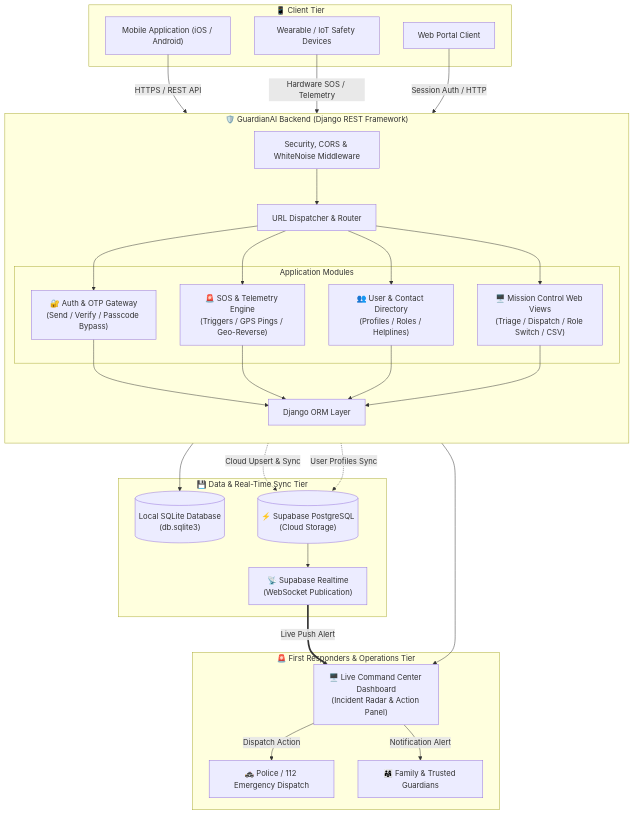
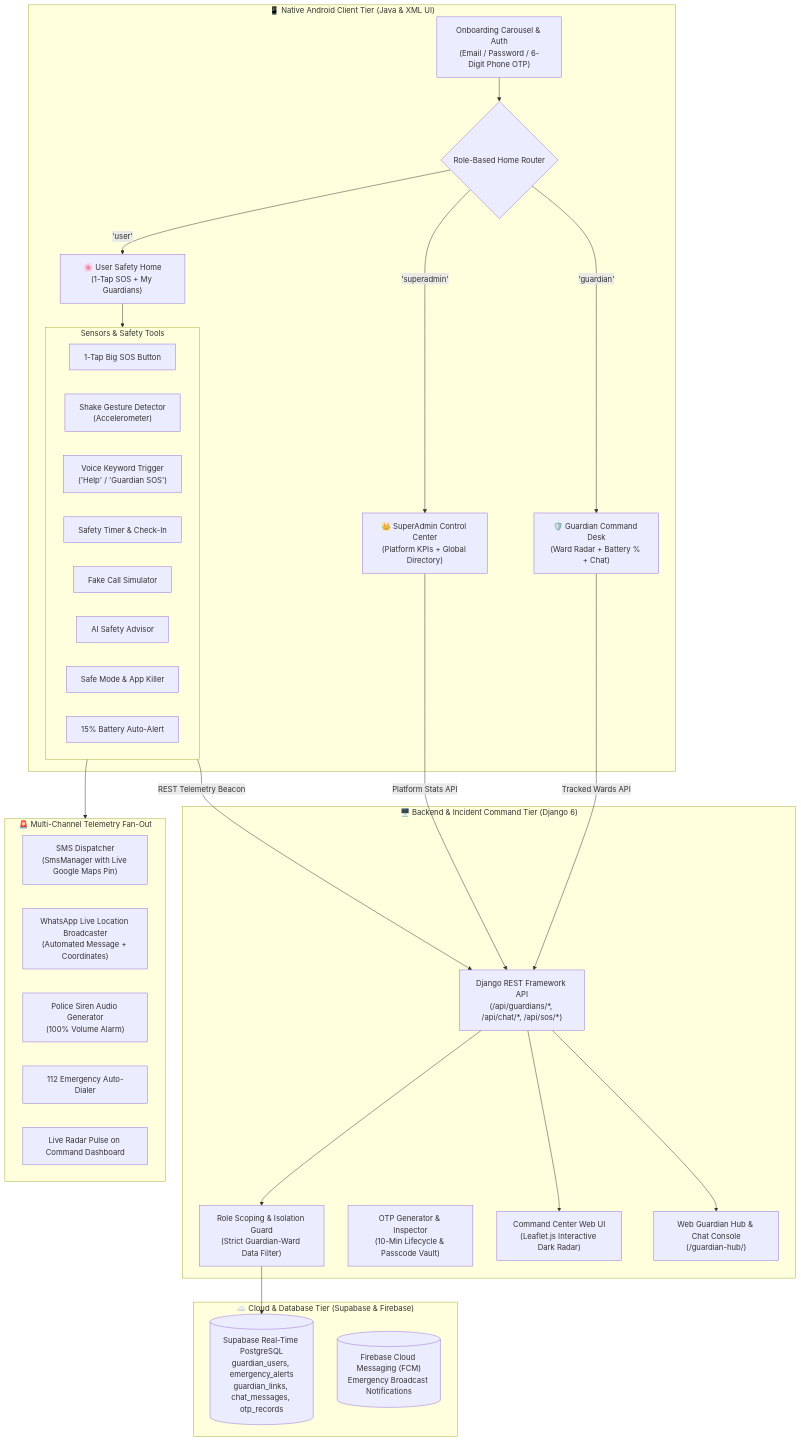
Before and after one commit to satyakiran29/GuardianAI_Backend: the second of 3 diagrams in README.md, drawn with Mermaid. The commit also changed other lines of this file and 2 other files, not shown here.

````diff
--- a/README.md
+++ b/README.md
@@ -51,58 +106,51 @@
 ```mermaid
-flowchart TB
-    subgraph CLIENTS["📱 Client Tier"]
-        MA["Mobile Application (iOS / Android)"]
-        IOT["Wearable / IoT Safety Devices"]
-        WEB_CLIENT["Web Portal Client"]
+graph TB
+    subgraph ClientTier ["📱 Native Android Client Tier (Java & XML UI)"]
+        A1["Onboarding Carousel & Auth<br/>(Email / Password / 6-Digit Phone OTP)"] --> Router{"Role-Based Home Router"}
+        Router -->|'user'| UH["🌸 User Safety Home<br/>(1-Tap SOS + My Guardians)"]
+        Router -->|'guardian'| GH["🛡️ Guardian Command Desk<br/>(Ward Radar + Battery % + Chat)"]
+        Router -->|'superadmin'| SH["👑 SuperAdmin Control Center<br/>(Platform KPIs + Global Directory)"]
+        
+        subgraph SafetyEngines ["Sensors & Safety Tools"]
+            S1["1-Tap Big SOS Button"]
+            S2["Shake Gesture Detector<br/>(Accelerometer)"]
+            S3["Voice Keyword Trigger<br/>('Help' / 'Guardian SOS')"]
+            S4["Safety Timer & Check-In"]
+            S5["Fake Call Simulator"]
+            S6["AI Safety Advisor"]
+            S7["Safe Mode & App Killer"]
+            S8["15% Battery Auto-Alert"]
+        end
+        UH --> SafetyEngines
     end
 
-    subgraph API_GATEWAY["🛡️ GuardianAI Backend (Django REST Framework)"]
-        direction TB
-        MW["Security, CORS & WhiteNoise Middleware"]
-        ROUTER["URL Dispatcher & Router"]
-        
-        subgraph CORE_APPS["Application Modules"]
-            AUTH["🔐 Auth & OTP Gateway<br/>(Send / Verify / Passcode Bypass)"]
-            SOS_ENGINE["🚨 SOS & Telemetry Engine<br/>(Triggers / GPS Pings / Geo-Reverse)"]
-            MGMT["👥 User & Contact Directory<br/>(Profiles / Roles / Helplines)"]
-            DASH_ENGINE["🖥️ Mission Control Web Views<br/>(Triage / Dispatch / Role Switch / CSV)"]
-        end
-
-        DB_ORM["Django ORM Layer"]
+    subgraph BackendTier ["🖥️ Backend & Incident Command Tier (Django 6)"]
+        B1["Django REST Framework API<br/>(/api/guardians/*, /api/chat/*, /api/sos/*)"]
+        B2["Role Scoping & Isolation Guard<br/>(Strict Guardian-Ward Data Filter)"]
+        B3["OTP Generator & Inspector<br/>(10-Min Lifecycle & Passcode Vault)"]
+        B4["Command Center Web UI<br/>(Leaflet.js Interactive Dark Radar)"]
+        B5["Web Guardian Hub & Chat Console<br/>(/guardian-hub/)"]
     end
 
-    subgraph PERSISTENCE["💾 Data & Real-Time Sync Tier"]
-        SQLITE[("Local SQLite Database<br/>(db.sqlite3)")]
-        SUPABASE[("⚡ Supabase PostgreSQL<br/>(Cloud Storage)")]
-        REALTIME["📡 Supabase Realtime<br/>(WebSocket Publication)"]
+    subgraph CloudTier ["☁️ Cloud & Database Tier (Supabase & Firebase)"]
+        C1[("Supabase Real-Time PostgreSQL<br/>guardian_users, emergency_alerts<br/>guardian_links, chat_messages, otp_records")]
+        C2[("Firebase Cloud Messaging (FCM)<br/>Emergency Broadcast Notifications")]
     end
 
-    subgraph RESPONDERS["🚨 First Responders & Operations Tier"]
-        DASHBOARD["🖥️ Live Command Center Dashboard<br/>(Incident Radar & Action Panel)"]
-        POLICE["🚓 Police / 112 Emergency Dispatch"]
-        GUARDIANS["👨‍👩‍👧 Family & Trusted Guardians"]
+    subgraph DispatchChannels ["🚨 Multi-Channel Telemetry Fan-Out"]
+        D1["SMS Dispatcher<br/>(SmsManager with Live Google Maps Pin)"]
+        D2["WhatsApp Live Location Broadcaster<br/>(Automated Message + Coordinates)"]
+        D3["Police Siren Audio Generator<br/>(100% Volume Alarm)"]
+        D4["112 Emergency Auto-Dialer"]
+        D5["Live Radar Pulse on Command Dashboard"]
     end
 
-    %% Client to Backend
-    MA -->|HTTPS / REST API| MW
-    IOT -->|Hardware SOS / Telemetry| MW
-    WEB_CLIENT -->|Session Auth / HTTP| MW
-    MW --> ROUTER
-    ROUTER --> AUTH
-    ROUTER --> SOS_ENGINE
-    ROUTER --> MGMT
-    ROUTER --> DASH_ENGINE
-
-    %% Backend to Database & Supabase
-    AUTH & SOS_ENGINE & MGMT & DASH_ENGINE --> DB_ORM
-    DB_ORM --> SQLITE
-    SOS_ENGINE -.->|Cloud Upsert & Sync| SUPABASE
-    MGMT -.->|User Profiles Sync| SUPABASE
-    SUPABASE --> REALTIME
-
-    %% Realtime to Operations
-    REALTIME ==>|Live Push Alert| DASHBOARD
-    DASH_ENGINE --> DASHBOARD
-    DASHBOARD -->|Dispatch Action| POLICE
-    DASHBOARD -->|Notification Alert| GUARDIANS
+    %% Wiring
+    SafetyEngines -->|REST Telemetry Beacon| B1
+    GH -->|Tracked Wards API| B1
+    SH -->|Platform Stats API| B1
+    B1 --> B2 --> C1
+    B1 --> B4
+    B1 --> B5
+    SafetyEngines --> DispatchChannels
 ```
````
